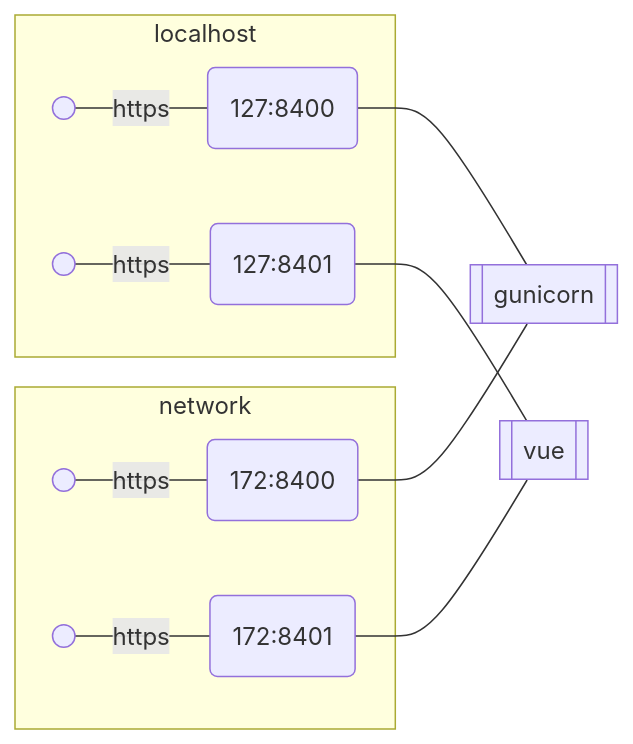
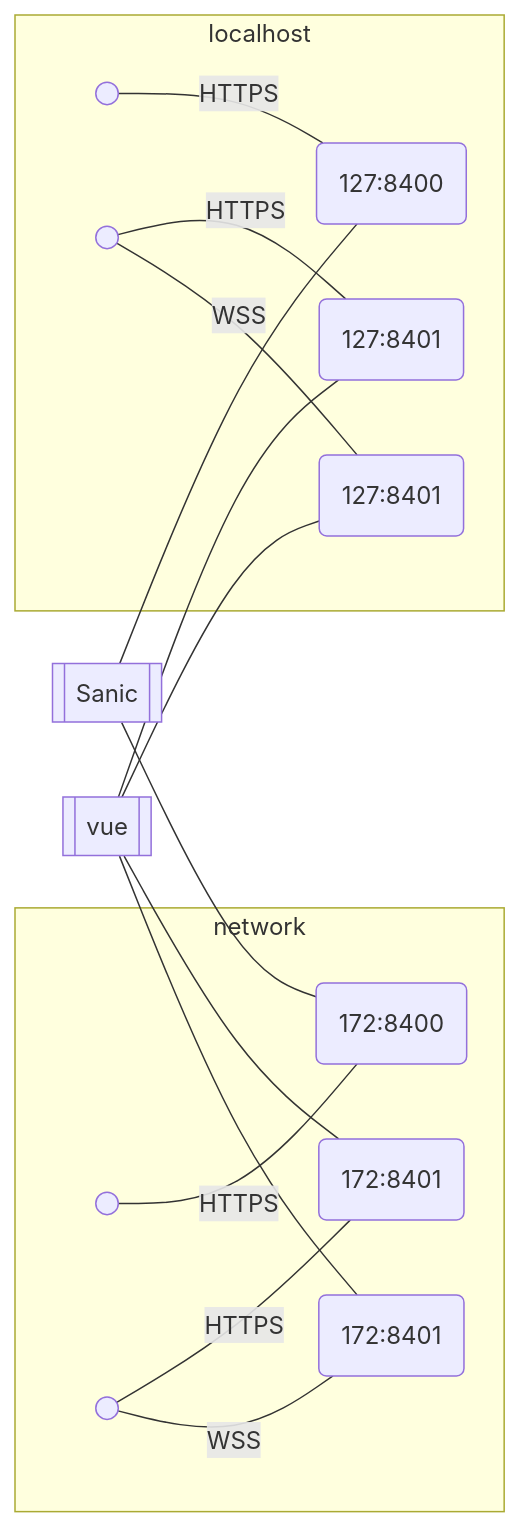
Before and after one commit to smucclaw/gsheet: the first of 4 diagrams in natural4-server/natural4_server/nginx-proxy.md, drawn with Mermaid. The commit also changed other lines of this file, not shown here.

Commit message:
Redo diagram

````diff
--- a/natural4-server/natural4_server/nginx-proxy.md
+++ b/natural4-server/natural4_server/nginx-proxy.md
@@ -5,15 +6,19 @@
 ```mermaid
-flowchart RL
+flowchart LR
     subgraph network
-        network_port_8400(172:8400)-- https ---id1(( ))
-        network_port_8401(172:8401)-- https ---id2(( ))
+        network_tls_8400_port(( ))-- HTTPS ---network_https_8400(172:8400)
+        network_tls_8401_port(( ))-- HTTPS ---network_https_8401(172:8401)
+        network_tls_8401_port(( ))-- WSS ---network_wss_8401(172:8401)
     end
     subgraph localhost
-        loop_port_8400(127:8400)-- https ---id3(( ))
-        loop_port_8401(127:8401)-- https ---id4(( ))
+        loop_https_8400_port(( ))-- HTTPS ---loop_https_8400(127:8400)
+        loop_tls_8401_port(( ))-- HTTPS ---loop_https_8401(127:8401)
+        loop_tls_8401_port(( ))-- WSS ---loop_wss_8401(127:8401)
     end
-    gunicorn[[ gunicorn ]]---network_port_8400
-    gunicorn---loop_port_8400
-    vue[[ vue ]]---network_port_8401
-    vue---loop_port_8401
+    sanic[[ Sanic ]]---network_https_8400
+    sanic---loop_https_8400
+    vue[[ vue ]]---network_https_8401
+    vue---loop_https_8401
+    vue---loop_wss_8401
+    vue---network_wss_8401
 ```
````
